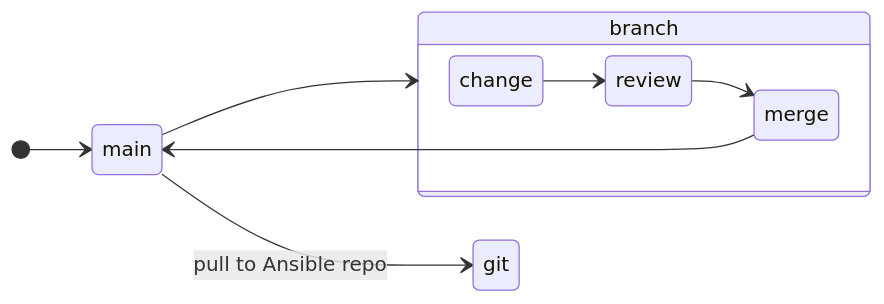
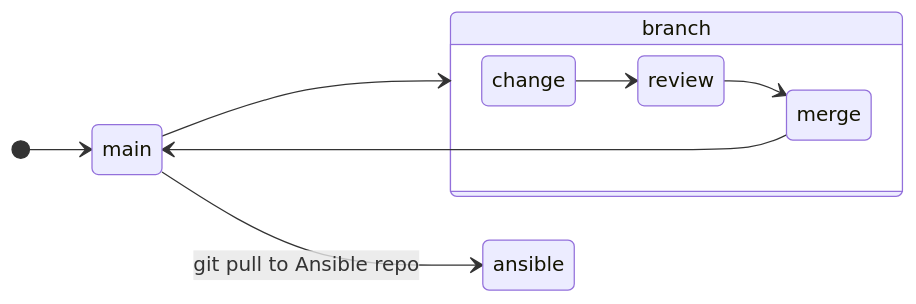
One commit to sdncoder/diagrams changed the third of 3 diagrams in README.md. Above: the diagram before and after it, drawn with Mermaid.

````diff
--- a/README.md
+++ b/README.md
@@ -46,13 +46,13 @@
  ```mermaid
    stateDiagram
    direction LR
     [*] --> main
     main --> branch
     state branch {
     direction LR
     change --> review 
     review --> merge
     }
     merge --> main
-    main --> git : pull to Ansible repo
+    main --> ansible : git pull to Ansible repo
  ```
````
